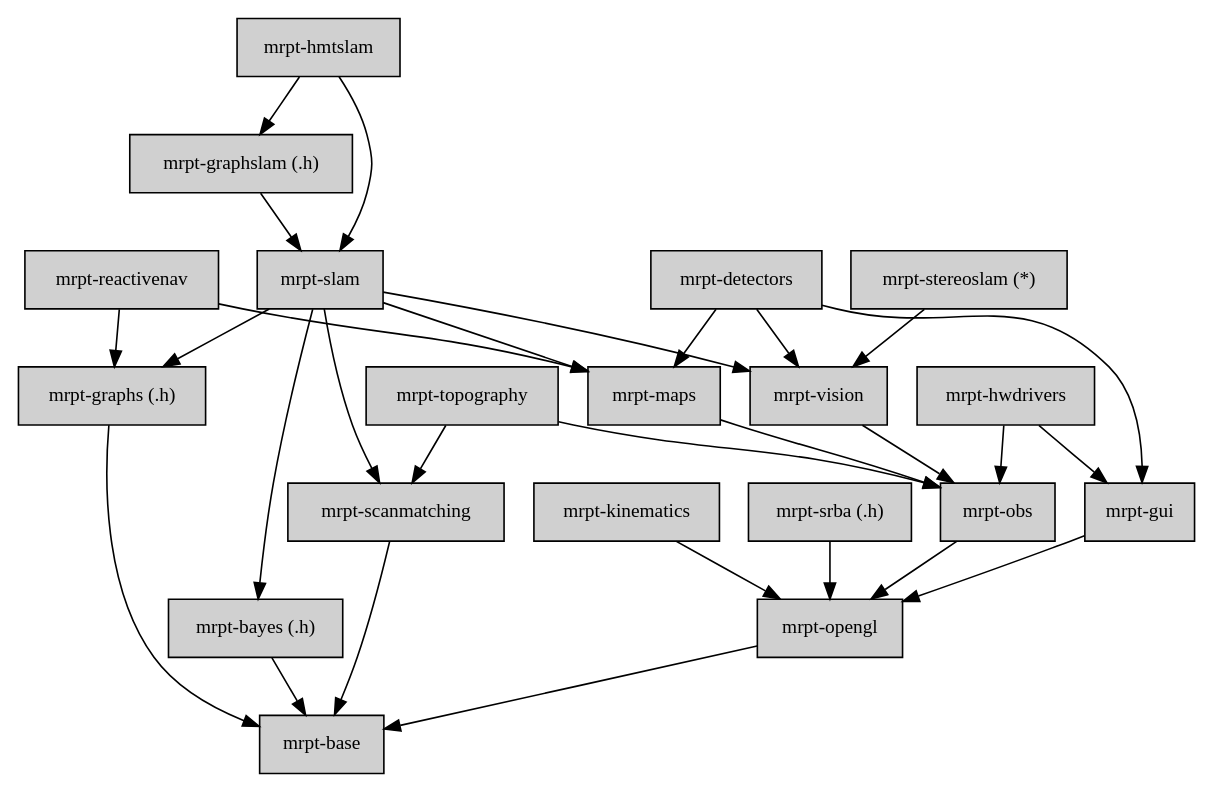
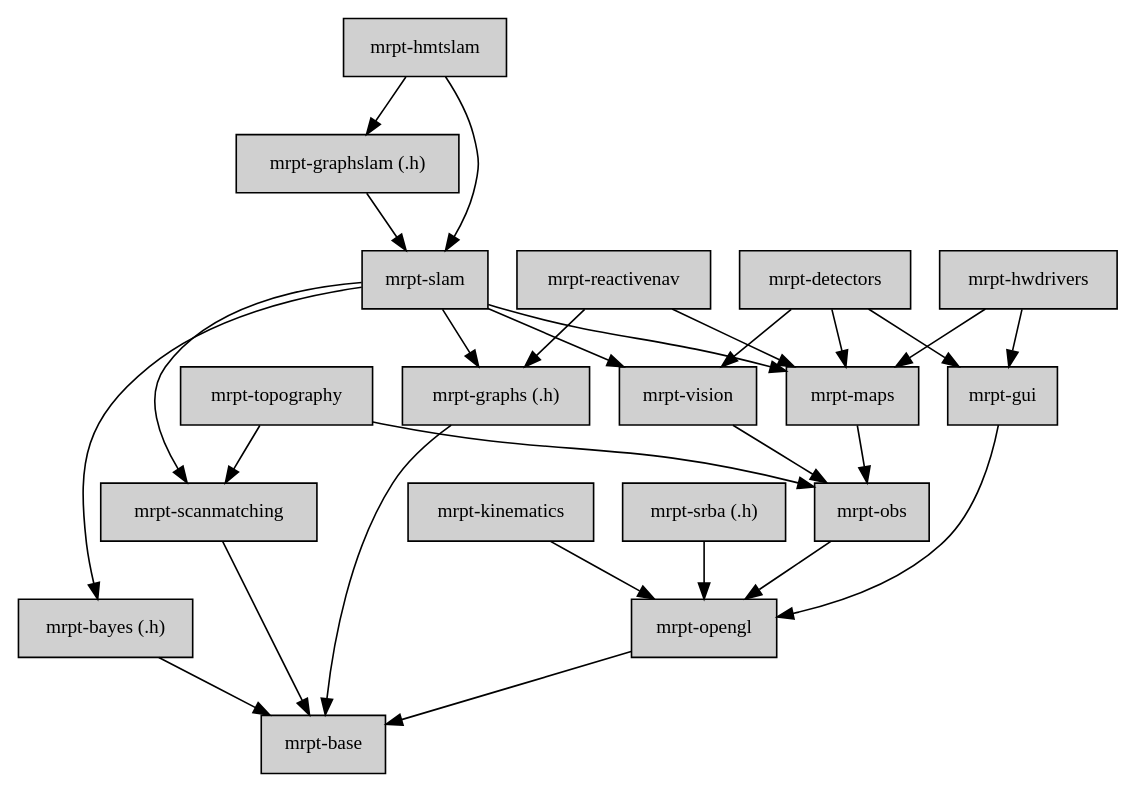
The diagram in doc/design_of_images/graph_mrpt_libs.dot (MRPT/mrpt), drawn with Graphviz before and after one commit. The commit also changed 4 other files, not shown here.

Commit message:
changes in the modules deps, so hwdrivers depend on maps (needed to cool rendering while grabbing from lasers)

```diff
--- a/doc/design_of_images/graph_mrpt_libs.dot
+++ b/doc/design_of_images/graph_mrpt_libs.dot
@@ -1,75 +1,74 @@
 digraph MRPT_LIBS {
 
 	node [shape=box,style=filled, fillcolor="#D0D0D0",fontsize=12];
 
 	base 		[label="mrpt-base",URL="group__mrpt__base__grp.html"];
 	graphs		[label="mrpt-graphs (.h)",URL="group__mrpt__graphs__grp.html"];
 	bayes 		[label="mrpt-bayes (.h)",URL="group__mrpt__bayes__grp.html"];
 	opengl 		[label="mrpt-opengl", URL="group__mrpt__opengl__grp.html"];
 	gui 		[label="mrpt-gui",URL="group__mrpt__gui__grp.html"];
 	obs 		[label="mrpt-obs",URL="group__mrpt__obs__grp.html"];
 	hwdrivers 	[label="mrpt-hwdrivers",URL="group__mrpt__hwdrivers__grp.html"];
 	topography 	[label="mrpt-topography",URL="group__mrpt__topography__grp.html"];
 	maps 		[label="mrpt-maps",URL="group__mrpt__maps__grp.html"];
 	vision 		[label="mrpt-vision",URL="group__mrpt__vision__grp.html"];
 	scanmatching 		[label="mrpt-scanmatching",URL="group__mrpt__scanmatching__grp.html"];
 
 	slam 		[label="mrpt-slam",URL="group__mrpt__slam__grp.html"];
 	graphslam	[label="mrpt-graphslam (.h)",URL="group__mrpt__graphslam__grp.html"];
 	
 	hmtslam		[label="mrpt-hmtslam",URL="group__mrpt__hmtslam__grp.html"];
 	reactivenav	[label="mrpt-reactivenav",URL="group__mrpt__reactivenav__grp.html"];
-	stereoslam	[label="mrpt-stereoslam (*)",URL="group__mrpt__stereoslam__grp.html"];
+//	stereoslam	[label="mrpt-stereoslam (*)",URL="group__mrpt__stereoslam__grp.html"];
 	
 	detectors	[label="mrpt-detectors",URL="group__mrpt__detectors__grp.html"];
 
 	kinematics	[label="mrpt-kinematics",URL="group__mrpt__kinematics__grp.html"];
 
 	srba	[label="mrpt-srba (.h)",URL="group__mrpt__srba__grp.html"];
 
 	srba -> opengl;
 
 	kinematics  -> opengl;
 	
 	graphs -> base;
 	scanmatching -> base;
 
 	bayes -> base;
 	
 	opengl -> base;
 	
 	obs -> opengl;
 	
 	gui -> opengl;
 	
 	hwdrivers -> gui;
-	hwdrivers -> obs;
+	hwdrivers -> maps;
 	
 	topography -> obs;
 	topography -> scanmatching;
 	
 	vision -> obs;
 	
 	maps -> obs;
 
 	slam -> maps;
 	slam -> vision;
 	slam -> scanmatching;
 	slam -> bayes;
 	slam -> graphs;
 
 	graphslam -> slam;
 	
 	detectors -> vision;
 	detectors -> maps;
 	detectors -> gui;
 	
 	hmtslam -> slam;
 	hmtslam -> graphslam;
 
-
-	stereoslam -> vision;
+//	stereoslam -> vision;
 	
 	reactivenav -> maps;
 	reactivenav -> graphs;
 }
```
